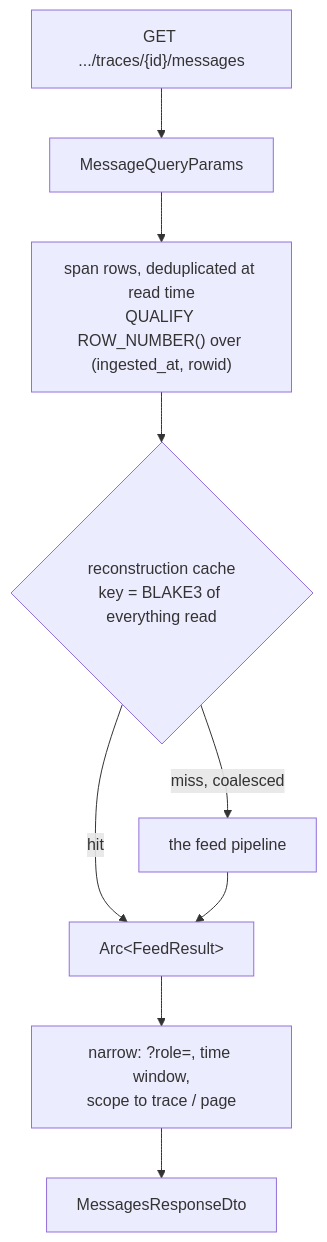
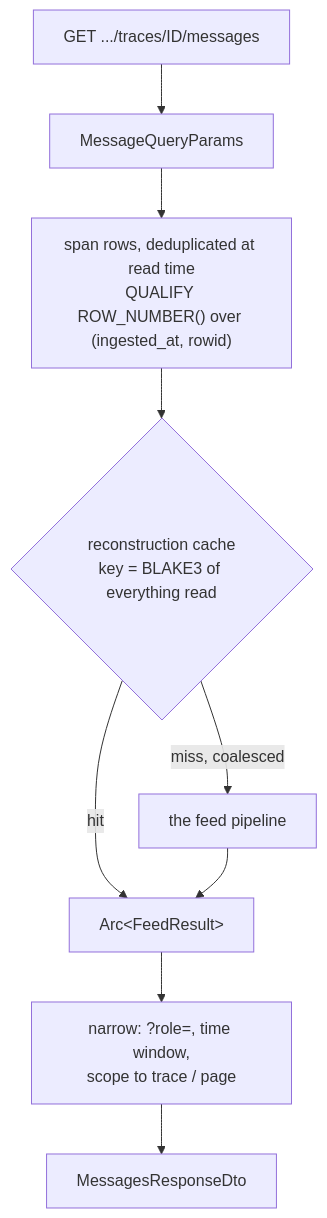
The seventh of 11 diagrams in PLAN.md (sideseat/sideseat), drawn with Mermaid before and after one commit. The commit also changed other lines of this file, not shown here.

````diff
--- a/PLAN.md
+++ b/PLAN.md
@@ -495,16 +535,16 @@
 ```mermaid
 flowchart TD
-    q["GET .../traces/{id}/messages"]
+    q["GET .../traces/ID/messages"]
     params["MessageQueryParams"]
     rows["span rows, deduplicated at read time<br/>QUALIFY ROW_NUMBER() over (ingested_at, rowid)"]
     cache{"reconstruction cache<br/>key = BLAKE3 of everything read"}
     pipe["the feed pipeline"]
     arc["Arc&lt;FeedResult&gt;"]
     narrow["narrow: ?role=, time window,<br/>scope to trace / page"]
     dto["MessagesResponseDto"]
 
     q --> params --> rows --> cache
     cache -->|hit| arc
     cache -->|"miss, coalesced"| pipe --> arc
     arc --> narrow --> dto
 ```
````
